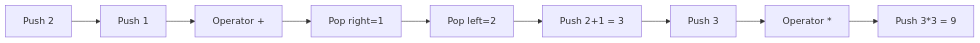
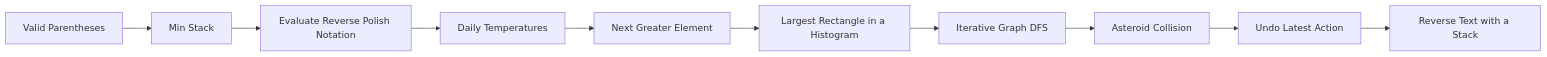
Before and after one commit to 9999dude/omega: diagram 16 of 16 in docs/datastructures/stack.md, drawn with Mermaid. The commit also changed other lines of this file and 58 other files, not shown here.

````diff
--- a/docs/datastructures/stack.md
+++ b/docs/datastructures/stack.md
@@ -778,11 +990,13 @@
 ```mermaid
 flowchart LR
-    A["Push 2"] --> B["Push 1"]
-    B --> C["Operator +"]
-    C --> D["Pop right=1"]
-    D --> E["Pop left=2"]
-    E --> F["Push 2+1 = 3"]
-    F --> G["Push 3"]
-    G --> H["Operator *"]
-    H --> I["Push 3*3 = 9"]
+    Q0["Valid Parentheses"]
+    Q0 --> Q1["Min Stack"]
+    Q1 --> Q2["Evaluate Reverse Polish Notation"]
+    Q2 --> Q3["Daily Temperatures"]
+    Q3 --> Q4["Next Greater Element"]
+    Q4 --> Q5["Largest Rectangle in a Histogram"]
+    Q5 --> Q6["Iterative Graph DFS"]
+    Q6 --> Q7["Asteroid Collision"]
+    Q7 --> Q8["Undo Latest Action"]
+    Q8 --> Q9["Reverse Text with a Stack"]
 ```
````
